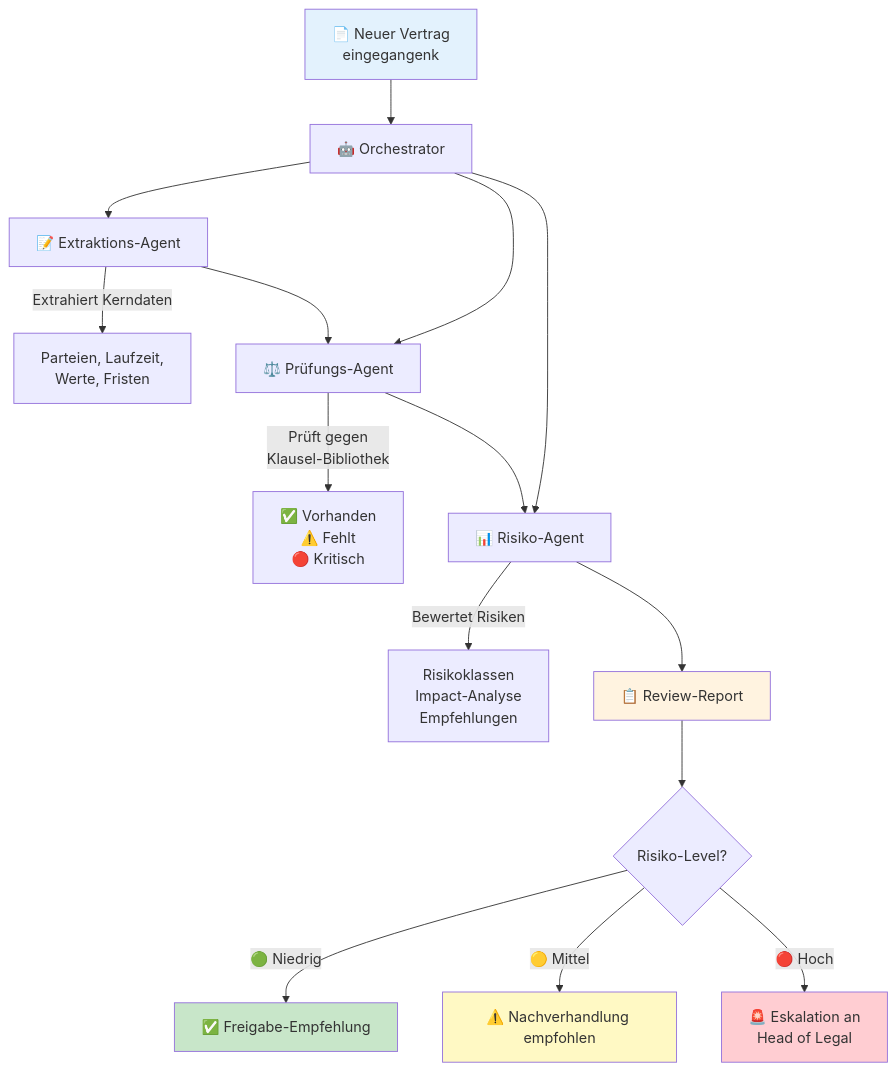
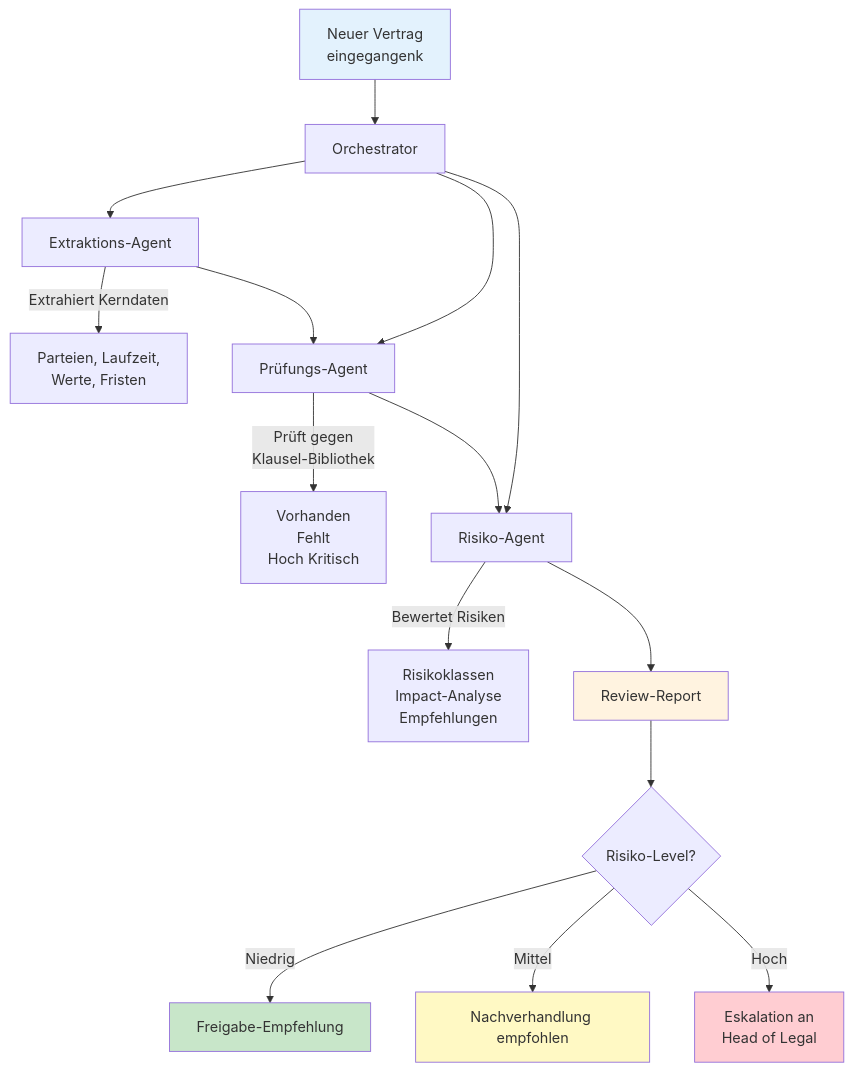
One commit to justinsz/ProPrompt changed the second of 2 diagrams in law_de.md. Above: the diagram before and after it, drawn with Mermaid. The commit also changed other lines of this file and 11 other files, not shown here.

````diff
--- a/law_de.md
+++ b/law_de.md
@@ -324,25 +324,25 @@
 ```mermaid
 flowchart TB
-    A[📄 Neuer Vertrag<br/>eingegangenk] --> B[🤖 Orchestrator]
-    
-    B --> C[📝 Extraktions-Agent]
-    B --> D[⚖️ Prüfungs-Agent]
-    B --> E[📊 Risiko-Agent]
-    
+    A[Neuer Vertrag<br/>eingegangenk] --> B[Orchestrator]
+
+    B --> C[Extraktions-Agent]
+    B --> D[Prüfungs-Agent]
+    B --> E[Risiko-Agent]
+
     C --> |Extrahiert Kerndaten| C1[Parteien, Laufzeit,<br/>Werte, Fristen]
     C --> D
-    D --> |Prüft gegen<br/>Klausel-Bibliothek| D1[✅ Vorhanden<br/>⚠️ Fehlt<br/>🔴 Kritisch]
+    D --> |Prüft gegen<br/>Klausel-Bibliothek| D1[Vorhanden<br/> Fehlt<br/>Hoch Kritisch]
     D --> E
     E --> |Bewertet Risiken| E1[Risikoklassen<br/>Impact-Analyse<br/>Empfehlungen]
-    E --> F[📋 Review-Report]
+    E --> F[Review-Report]
     F --> G{Risiko-Level?}
-    G -- 🟢 Niedrig --> H[✅ Freigabe-Empfehlung]
-    G -- 🟡 Mittel --> I[⚠️ Nachverhandlung empfohlen]
-    G -- 🔴 Hoch --> J[🚨 Eskalation an<br/>Head of Legal]
-    
+    G -- Niedrig --> H[Freigabe-Empfehlung]
+    G -- Mittel --> I[Nachverhandlung empfohlen]
+    G -- Hoch --> J[Eskalation an<br/>Head of Legal]
+
     style A fill:#e3f2fd
     style F fill:#fff3e0
     style H fill:#c8e6c9
     style I fill:#fff9c4
     style J fill:#ffcdd2
 ```
````
